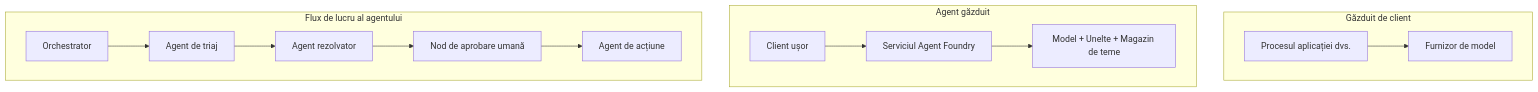
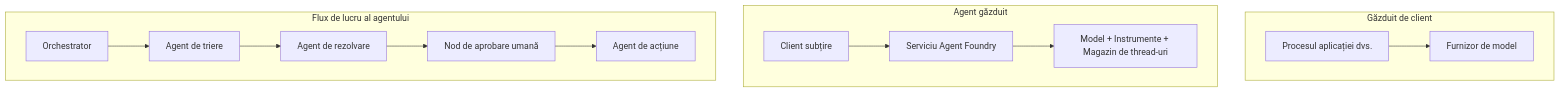
One commit to gabrielmoreira/agent-skills-mirror changed the first of 4 diagrams in mirrors/repos/microsoft@ai-agents-for-beginners/translations/ro/16-deploying-scalable-agents/README.md. Above: the diagram before and after it, drawn with Mermaid. The commit also changed other lines of this file and 4262 other files, not shown here.

````diff
--- a/mirrors/repos/microsoft@ai-agents-for-beginners/translations/ro/16-deploying-scalable-agents/README.md
+++ b/mirrors/repos/microsoft@ai-agents-for-beginners/translations/ro/16-deploying-scalable-agents/README.md
@@ -87,16 +87,16 @@
 ```mermaid
 flowchart TB
     subgraph P1[Găzduit de client]
         A1[Procesul aplicației dvs.] --> M1[Furnizor de model]
     end
     subgraph P2[Agent găzduit]
-        A2[Client ușor] --> F2[Serviciul Agent Foundry]
-        F2 --> M2[Model + Unelte + Magazin de teme]
+        A2[Client subțire] --> F2[Serviciu Agent Foundry]
+        F2 --> M2[Model + Instrumente + Magazin de thread-uri]
     end
     subgraph P3[Flux de lucru al agentului]
-        A3[Orchestrator] --> S1[Agent de triaj]
-        S1 --> S2[Agent rezolvator]
+        A3[Orchestrator] --> S1[Agent de triere]
+        S1 --> S2[Agent de rezolvare]
         S2 --> H[Nod de aprobare umană]
         H --> S3[Agent de acțiune]
     end
 ```
````
